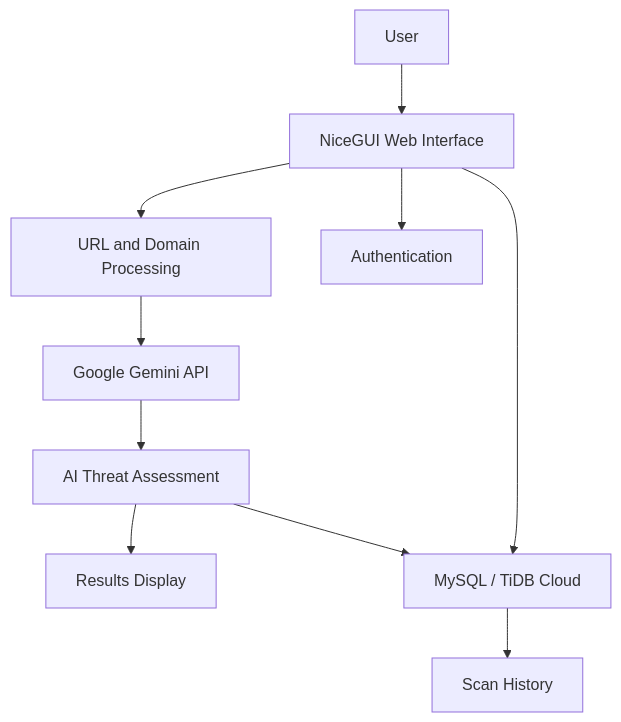
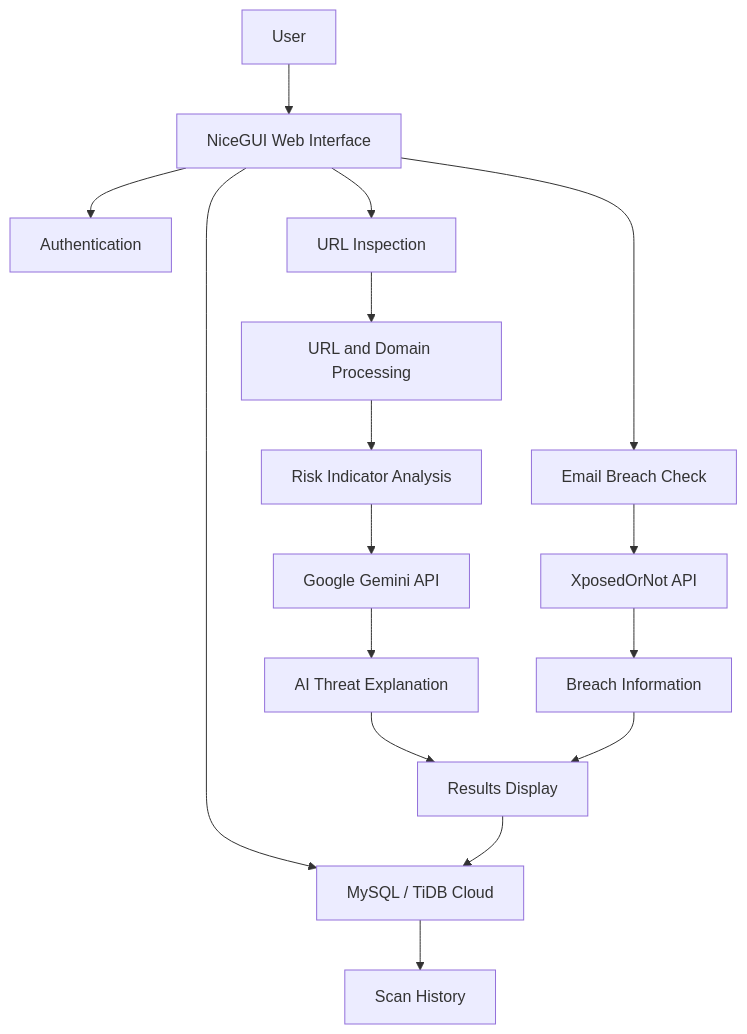
One commit to ShaikhVaiz/AI-Phising-Detector changed the diagram in README.md. Above: the diagram before and after it, drawn with Mermaid. The commit also changed other lines of this file, not shown here.

````diff
--- a/README.md
+++ b/README.md
@@ -95,12 +110,22 @@
 ```mermaid
 flowchart TD
     A[User] --> B[NiceGUI Web Interface]
-    B --> C[URL and Domain Processing]
-    C --> D[Google Gemini API]
-    D --> E[AI Threat Assessment]
-    E --> F[Results Display]
-    B --> G[Authentication]
-    B --> H[MySQL / TiDB Cloud]
-    E --> H
-    H --> I[Scan History]
+    B --> C[Authentication]
+    B --> D[URL Inspection]
+    B --> E[Email Breach Check]
+
+    D --> F[URL and Domain Processing]
+    F --> G[Risk Indicator Analysis]
+    G --> H[Google Gemini API]
+    H --> I[AI Threat Explanation]
+
+    E --> J[XposedOrNot API]
+    J --> K[Breach Information]
+
+    I --> L[Results Display]
+    K --> L
+
+    B --> M[MySQL / TiDB Cloud]
+    L --> M
+    M --> N[Scan History]
 ```
````
